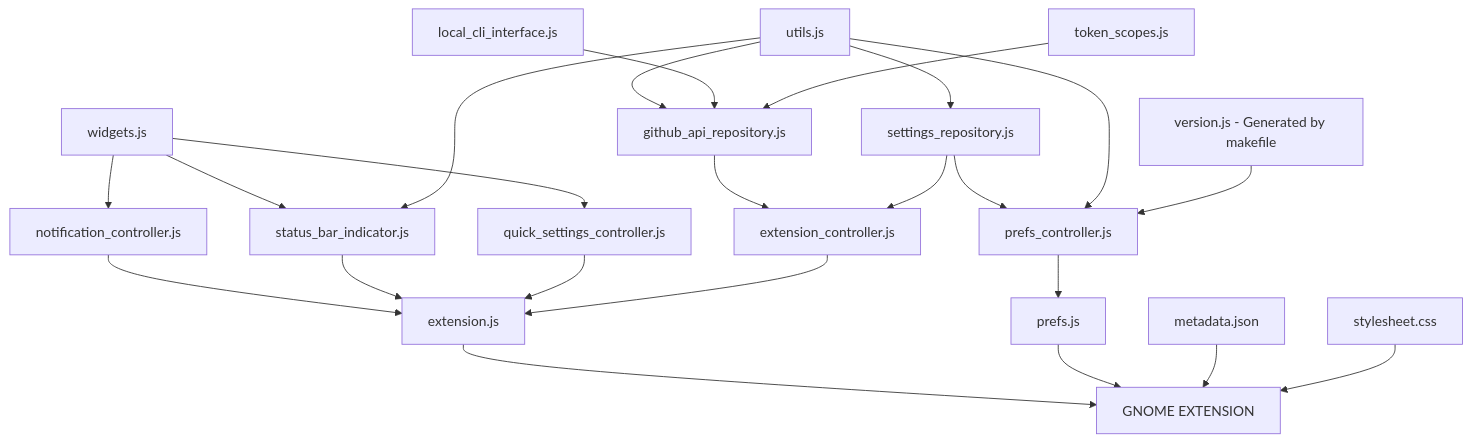
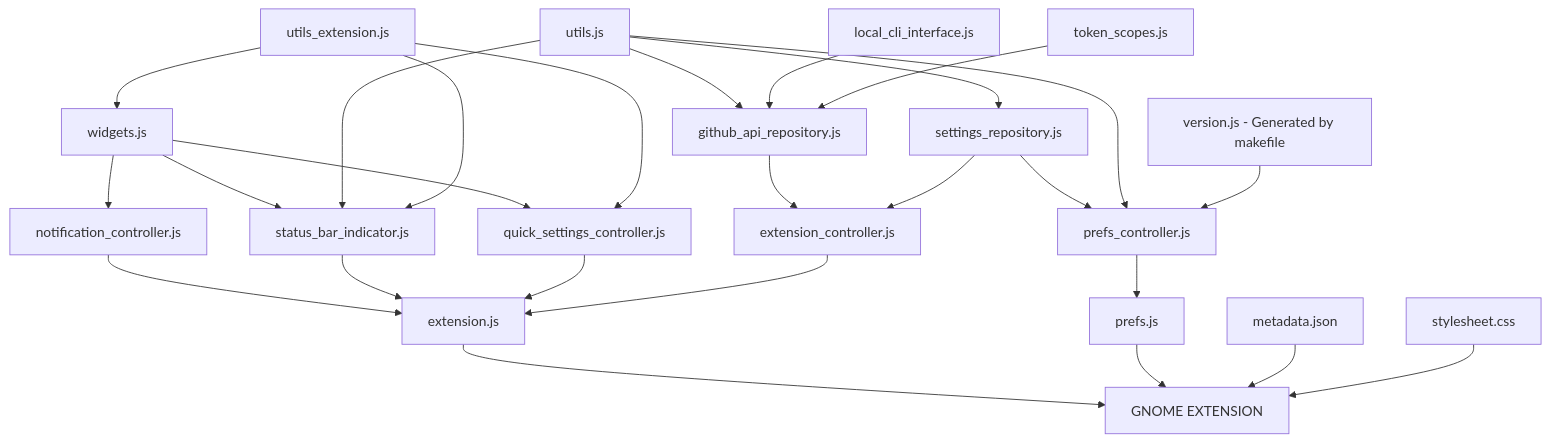
One commit to arononak/github-actions-gnome-extension changed the diagram in README.md. Above: the diagram before and after it, drawn with Mermaid. The commit also changed other lines of this file and 4 other files, not shown here.

````diff
--- a/README.md
+++ b/README.md
@@ -34,26 +34,30 @@
 ```mermaid
 graph TD;
     utils.js-->github_api_repository.js;
     local_cli_interface.js-->github_api_repository.js;
     token_scopes.js-->github_api_repository.js;
     github_api_repository.js-->extension_controller.js;
     widgets.js-->status_bar_indicator.js;
     widgets.js-->notification_controller.js;
     notification_controller.js-->extension.js;
     status_bar_indicator.js-->extension.js;
     settings_repository.js-->extension_controller.js;
     quick_settings_controller.js-->extension.js;
     widgets.js-->quick_settings_controller.js;
     extension_controller.js-->extension.js;
     utils.js-->status_bar_indicator.js;
     utils.js-->settings_repository.js;
     settings_repository.js-->prefs_controller.js;
     utils.js-->prefs_controller.js;
     prefs_controller.js-->prefs.js
     version.js[version.js - Generated by makefile]-->prefs_controller.js;
 
+    utils_extension.js-->widgets.js
+    utils_extension.js-->quick_settings_controller.js
+    utils_extension.js-->status_bar_indicator.js
+
     extension.js-->EXTENSION[GNOME EXTENSION]
     prefs.js-->EXTENSION[GNOME EXTENSION]
     metadata.json-->EXTENSION[GNOME EXTENSION]
     stylesheet.css-->EXTENSION[GNOME EXTENSION]
 ```
````
